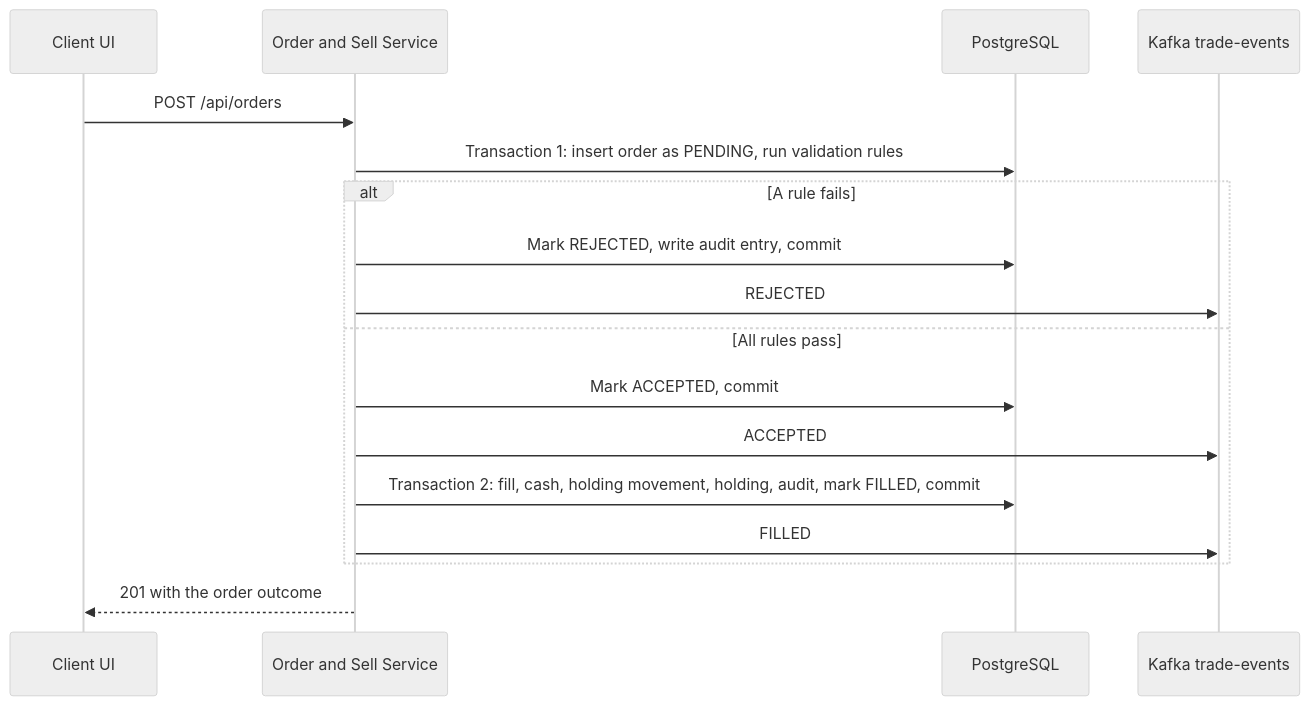
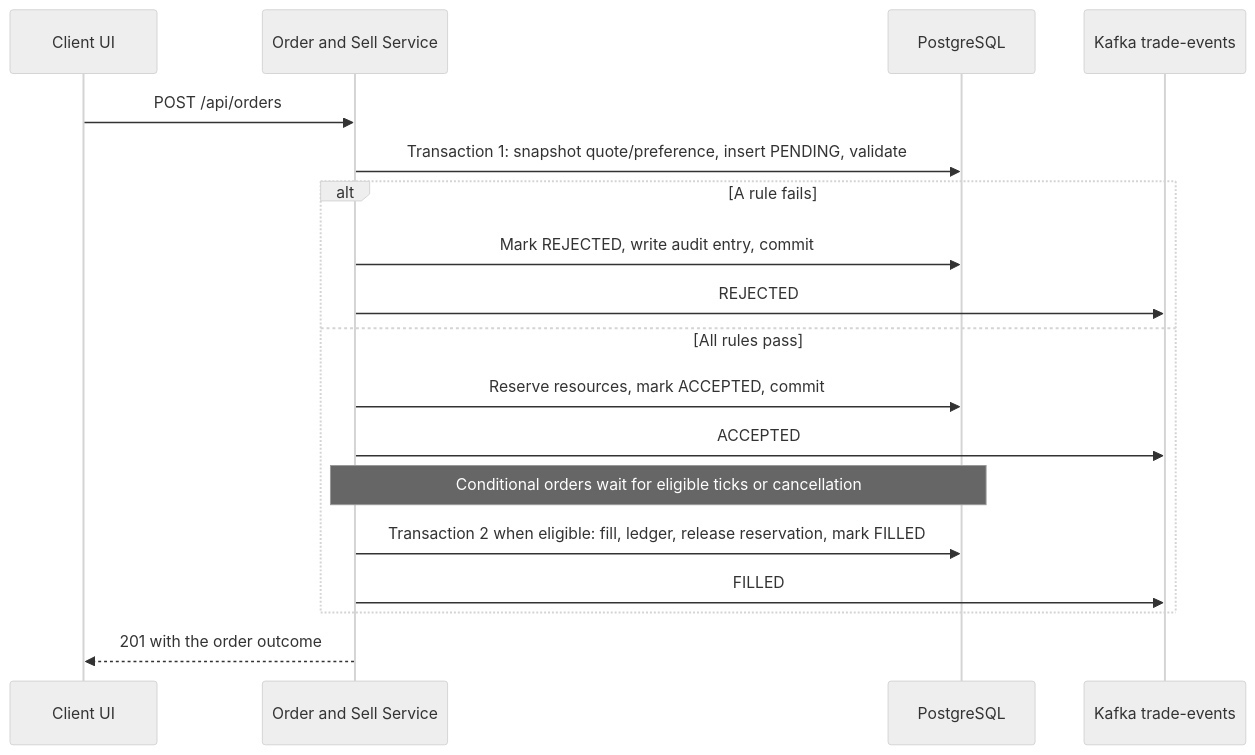
The third of 5 diagrams in README.md (seankcheema/trading-season), drawn with Mermaid (neutral theme) before and after one commit. The commit also changed other lines of this file and 97 other files, not shown here.

````diff
--- a/README.md
+++ b/README.md
@@ -122,21 +123,22 @@
 ```mermaid
 sequenceDiagram
     participant UI as Client UI
     participant OS as Order and Sell Service
     participant DB as PostgreSQL
 
     participant K as Kafka trade-events
 
     UI->>OS: POST /api/orders
-    OS->>DB: Transaction 1: insert order as PENDING, run validation rules
+    OS->>DB: Transaction 1: snapshot quote/preference, insert PENDING, validate
     alt A rule fails
         OS->>DB: Mark REJECTED, write audit entry, commit
         OS->>K: REJECTED
     else All rules pass
-        OS->>DB: Mark ACCEPTED, commit
+        OS->>DB: Reserve resources, mark ACCEPTED, commit
         OS->>K: ACCEPTED
-        OS->>DB: Transaction 2: fill, cash, holding movement, holding, audit, mark FILLED, commit
+        Note over OS,DB: Conditional orders wait for eligible ticks or cancellation
+        OS->>DB: Transaction 2 when eligible: fill, ledger, release reservation, mark FILLED
         OS->>K: FILLED
     end
     OS-->>UI: 201 with the order outcome
 ```
````
